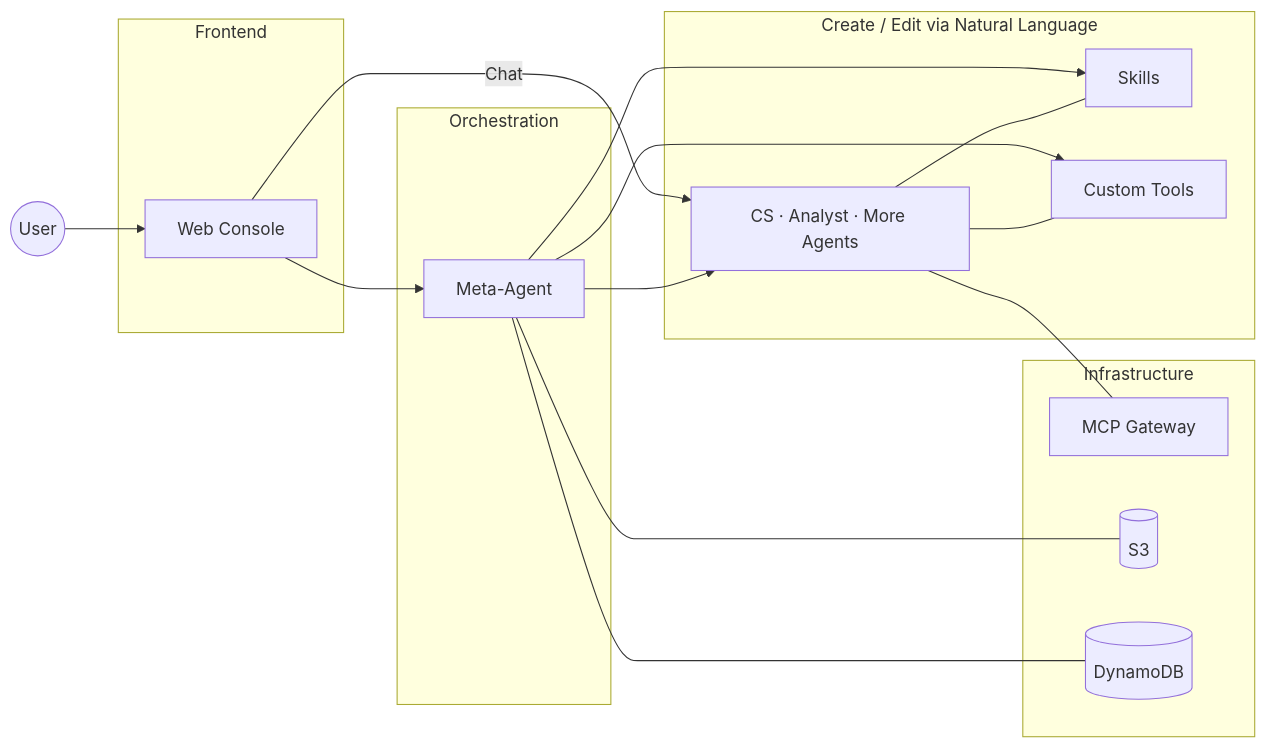
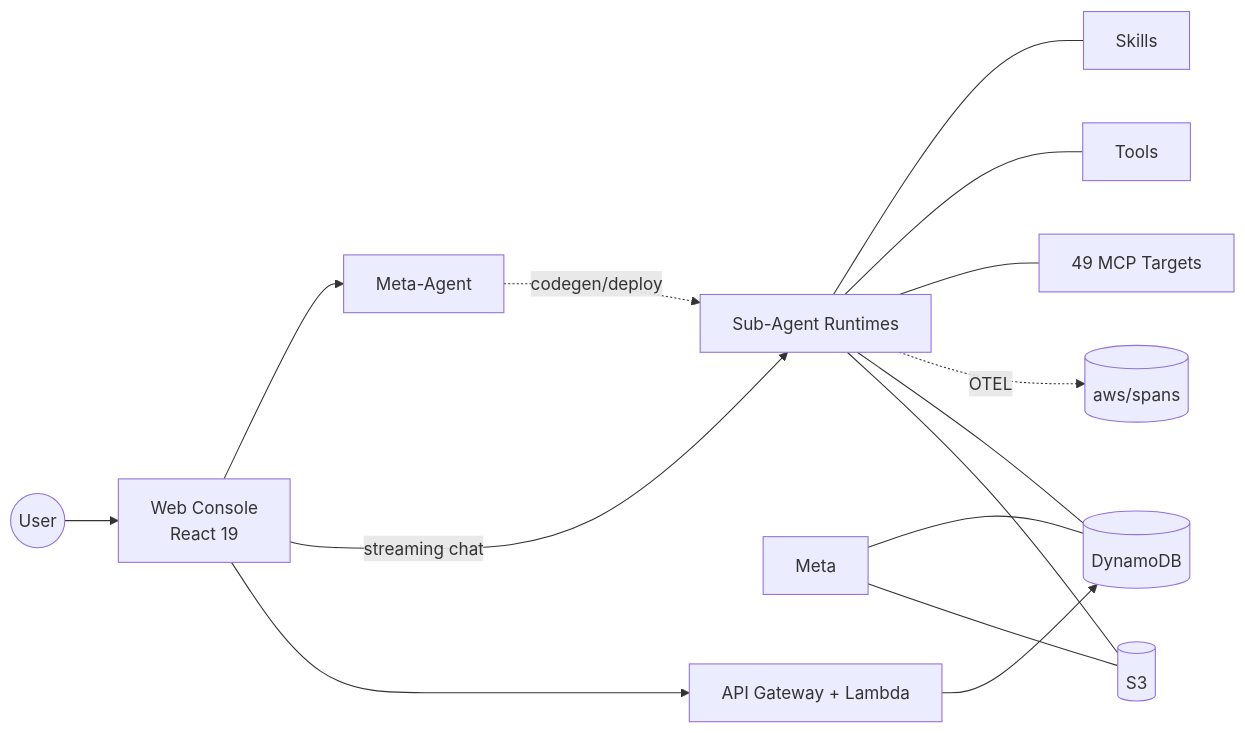
One commit to ddpie/agent-studio changed the second of 2 diagrams in README.md. Above: the diagram before and after it, drawn with Mermaid. The commit also changed other lines of this file, not shown here.

````diff
--- a/README.md
+++ b/README.md
@@ -184,31 +141,14 @@
 ```mermaid
 graph LR
-    User((User))
+    User((User)) --> FE[Web Console<br/>React 19]
+    FE --> META[Meta-Agent]
+    FE -->|streaming chat| Agents
 
-    subgraph Frontend
-        FE[Web Console]
-    end
+    META -.codegen/deploy.-> Agents[Sub-Agent Runtimes]
+    Agents --- Skills[Skills] & Tools[Tools] & MCP[49 MCP Targets]
 
-    subgraph Orchestration
-        META[Meta-Agent]
-    end
+    Agents -.OTEL.-> Spans[(aws/spans)]
+    Meta & Agents --- DDB[(DynamoDB)] & S3[(S3)]
 
-    subgraph Create / Edit via Natural Language
-        Agents[CS · Analyst · More Agents]
-        Skills[Skills]
-        Tools[Custom Tools]
-    end
-
-    subgraph Infrastructure
-        MCP[MCP Gateway]
-        S3[(S3)]
-        DDB[(DynamoDB)]
-    end
-
-    User --> FE
-    FE --> META
-    FE -->|Chat| Agents
-    META --> Agents & Skills & Tools
-    Agents --- Skills & Tools & MCP
-    META --- S3 & DDB
+    FE --> API[API Gateway + Lambda] --> DDB
 ```
````
